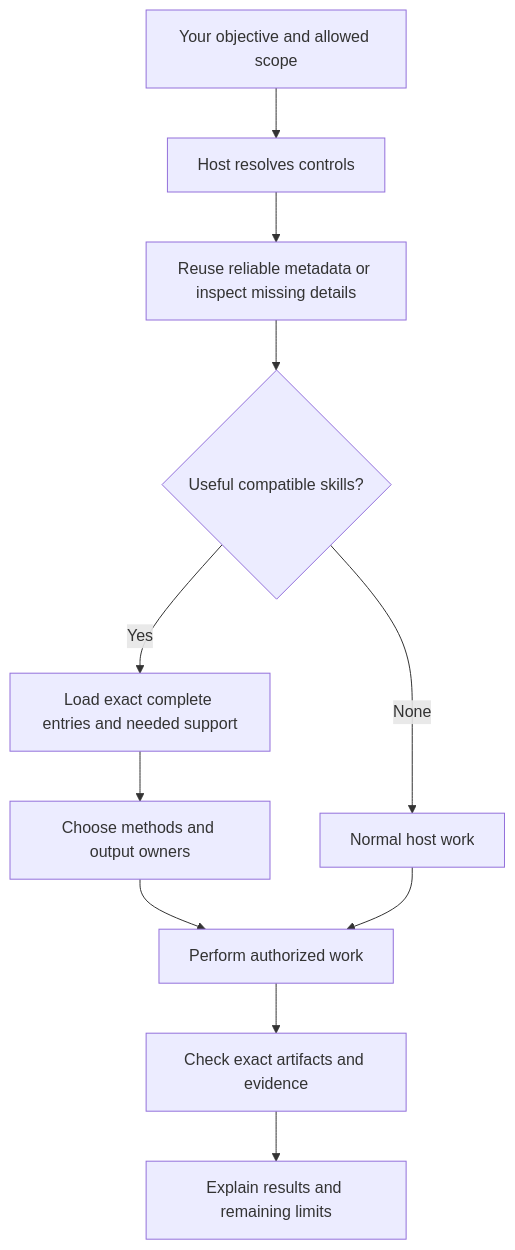
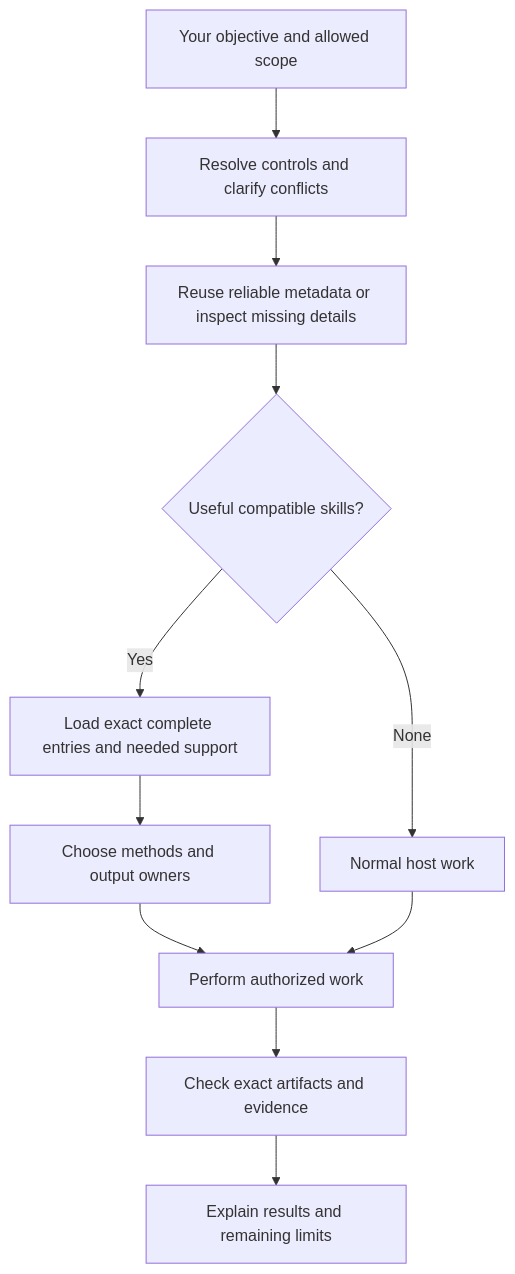
Before and after one commit to geekybobz/skills_ai: the first of 3 diagrams in docs/human/10_MODEL_LED_ORCHESTRATOR.md, drawn with Mermaid. The commit also changed other lines of this file and 26 other files, not shown here.

````diff
--- a/docs/human/10_MODEL_LED_ORCHESTRATOR.md
+++ b/docs/human/10_MODEL_LED_ORCHESTRATOR.md
@@ -55,13 +55,13 @@
 ```mermaid
 flowchart TD
-    U[Your objective and allowed scope] --> C[Host resolves controls]
+    U[Your objective and allowed scope] --> C[Resolve controls and clarify conflicts]
     C --> D[Reuse reliable metadata or inspect missing details]
     D --> S{Useful compatible skills?}
     S -->|None| N[Normal host work]
     S -->|Yes| L[Load exact complete entries and needed support]
     L --> O[Choose methods and output owners]
     O --> W[Perform authorized work]
     N --> W
     W --> V[Check exact artifacts and evidence]
     V --> R[Explain results and remaining limits]
 ```
````
